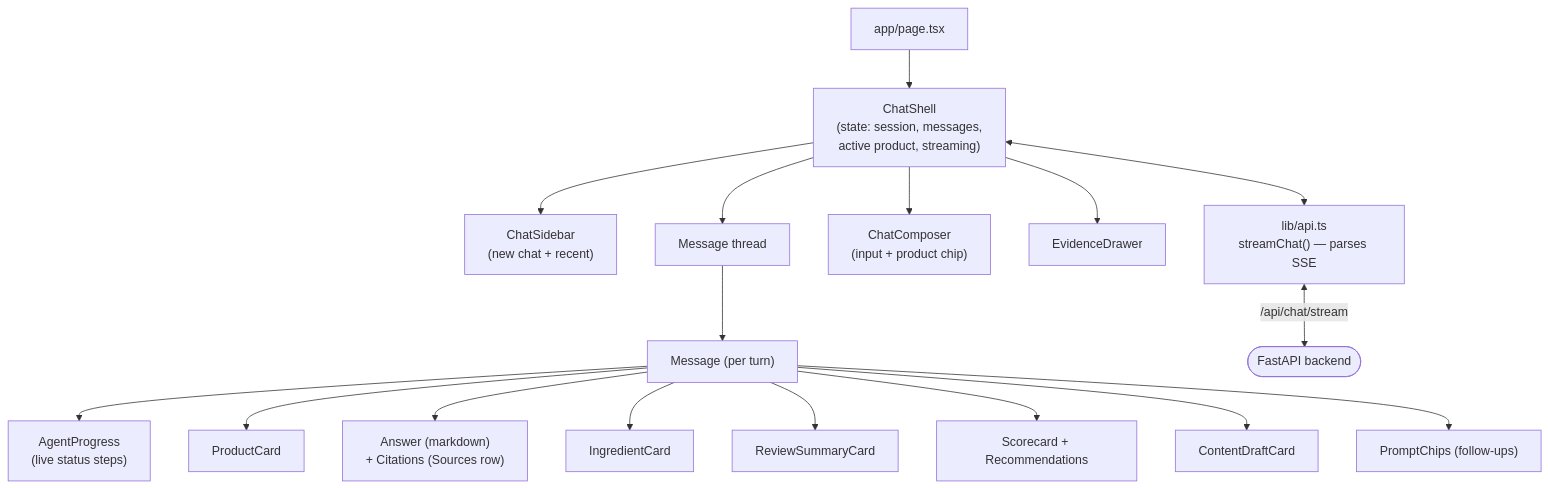
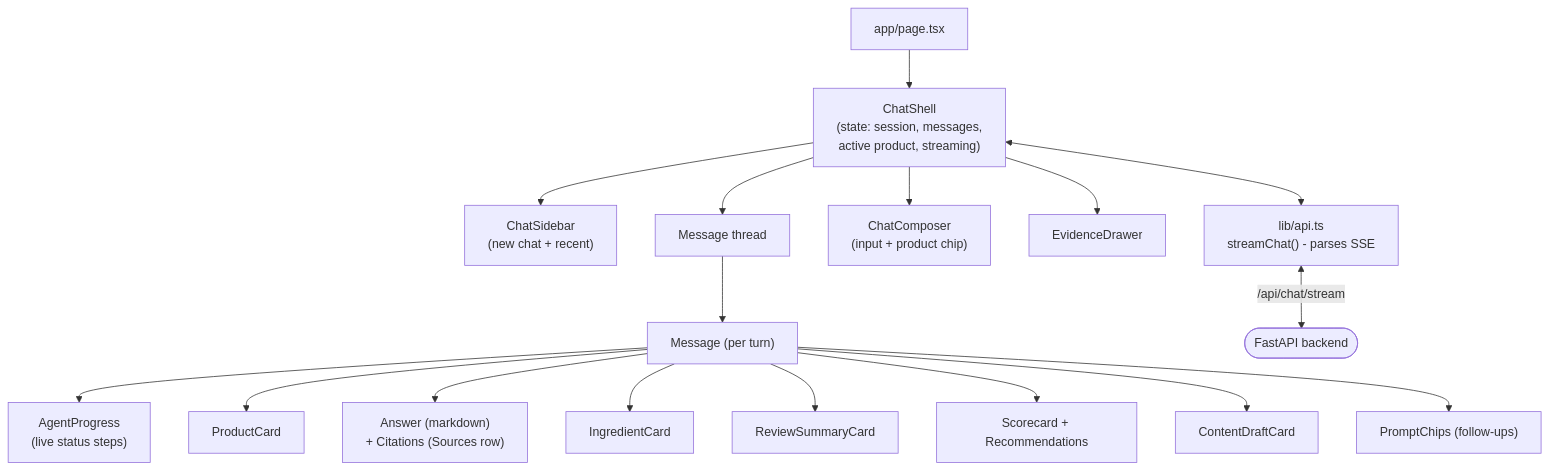
One commit to vortexash/healf-product-intelligence-agent changed the sixth of 7 diagrams in docs/DIAGRAMS.md. Above: the diagram before and after it, drawn with Mermaid. The commit also changed other lines of this file and 17 other files, not shown here.

````diff
--- a/docs/DIAGRAMS.md
+++ b/docs/DIAGRAMS.md
@@ -221,23 +221,23 @@
 ```mermaid
 flowchart TD
     PAGE["app/page.tsx"] --> SHELL["ChatShell<br/>(state: session, messages,<br/>active product, streaming)"]
 
     SHELL --> SB["ChatSidebar<br/>(new chat + recent)"]
     SHELL --> MAIN2["Message thread"]
     SHELL --> COMP["ChatComposer<br/>(input + product chip)"]
     SHELL --> DRAWER["EvidenceDrawer"]
 
     MAIN2 --> MSG["Message (per turn)"]
     MSG --> PROG["AgentProgress<br/>(live status steps)"]
     MSG --> PC["ProductCard"]
     MSG --> ANS["Answer (markdown)<br/>+ Citations (Sources row)"]
     MSG --> ICARD["IngredientCard"]
     MSG --> RCARD["ReviewSummaryCard"]
     MSG --> SCORE["Scorecard + Recommendations"]
     MSG --> DRAFT["ContentDraftCard"]
     MSG --> CHIPS["PromptChips (follow-ups)"]
 
-    LIBAPI["lib/api.ts<br/>streamChat() — parses SSE"]
+    LIBAPI["lib/api.ts<br/>streamChat() - parses SSE"]
     SHELL <--> LIBAPI
     LIBAPI <-->|"/api/chat/stream"| BE(["FastAPI backend"])
 ```
````
